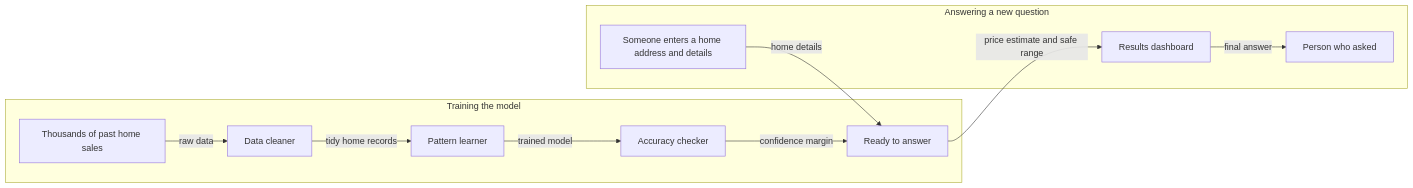
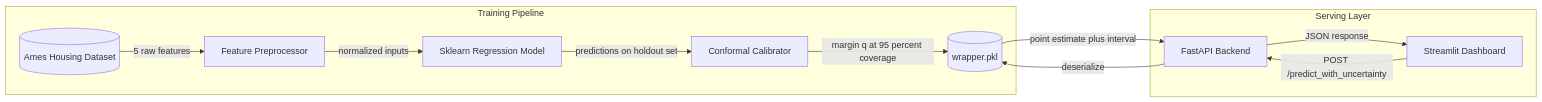
One commit to Shy4n7/KnownUnknowns changed the diagram in README.md. Above: the diagram before and after it, drawn with Mermaid. The commit also changed other lines of this file, not shown here.

Commit message:
docs: rebuild System Architecture section with technical Mermaid diagram and Technology Stack

````diff
--- a/README.md
+++ b/README.md
@@ -55,15 +55,16 @@
 ```mermaid
 graph LR
-  subgraph Training the model
-    A[Thousands of past home sales] -->|raw data| B[Data cleaner]
-    B -->|tidy home records| C[Pattern learner]
-    C -->|trained model| D[Accuracy checker]
-    D -->|confidence margin| E[Ready to answer]
+  subgraph Training Pipeline
+    A[(Ames Housing Dataset)] -->|5 raw features| B[Feature Preprocessor]
+    B -->|normalized inputs| C[Sklearn Regression Model]
+    C -->|predictions on holdout set| D[Conformal Calibrator]
+    D -->|margin q at 95 percent coverage| E[(wrapper.pkl)]
   end
 
-  subgraph Answering a new question
-    F[Someone enters a home address and details] -->|home details| E
-    E -->|price estimate and safe range| G[Results dashboard]
-    G -->|final answer| H[Person who asked]
+  subgraph Serving Layer
+    F[Streamlit Dashboard] -->|POST /predict_with_uncertainty| G[FastAPI Backend]
+    G -->|deserialize| E
+    E -->|point estimate plus interval| G
+    G -->|JSON response| F
   end
 ```
````
